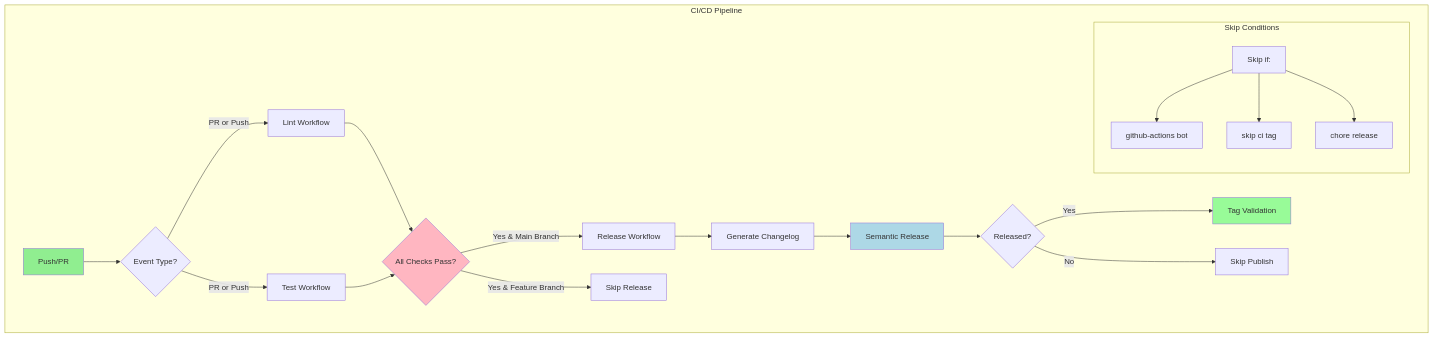
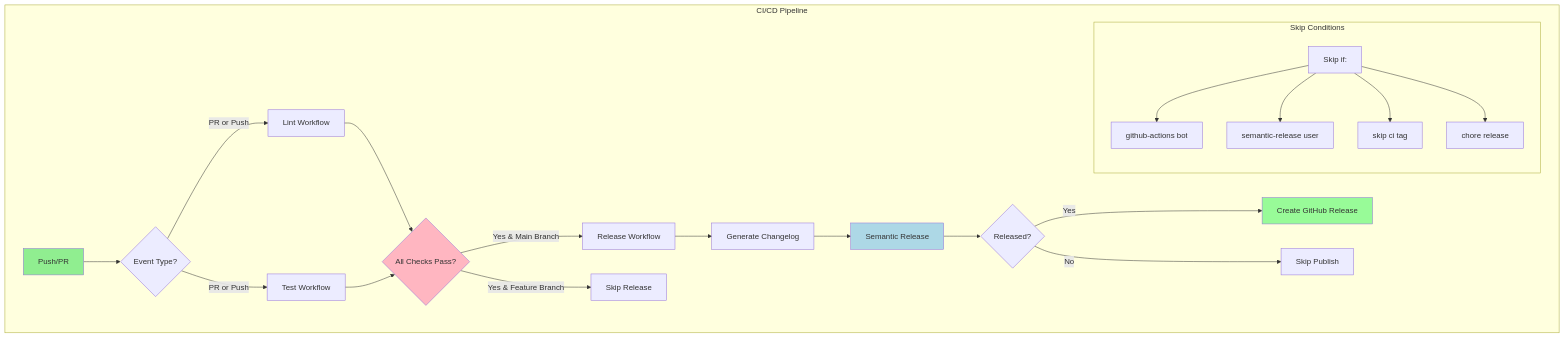
Before and after one commit to gsinghjay/fast-api-ci-cd: the diagram in README.md, drawn with Mermaid. The commit also changed other lines of this file, not shown here.

Commit message:
docs: add semantic versioning, changelog, and release automation documentation

````diff
--- a/README.md
+++ b/README.md
@@ -251,38 +400,39 @@
 ```mermaid
 flowchart TD
     subgraph "CI/CD Pipeline"
         A[Push/PR] --> B{Event Type?}
 
         B -->|PR or Push| C[Lint Workflow]
         B -->|PR or Push| D[Test Workflow]
 
         C --> E{All Checks Pass?}
         D --> E
 
         E -->|Yes & Main Branch| F[Release Workflow]
         E -->|Yes & Feature Branch| G[Skip Release]
 
         F --> H[Generate Changelog]
         H --> I[Semantic Release]
         I --> J{Released?}
 
-        J -->|Yes| K[Tag Validation]
+        J -->|Yes| K[Create GitHub Release]
         J -->|No| L[Skip Publish]
 
         subgraph "Skip Conditions"
             P[Skip if:] --> P1[github-actions bot]
-            P --> P2[skip ci tag]
-            P --> P3[chore release]
+            P --> P2[semantic-release user]
+            P --> P3[skip ci tag]
+            P --> P4[chore release]
         end
     end
 
     classDef trigger fill:#90EE90
     classDef check fill:#FFB6C1
     classDef release fill:#ADD8E6
     classDef publish fill:#98FB98
 
     class A trigger
     class E check
     class I release
     class K publish
 ```
````
